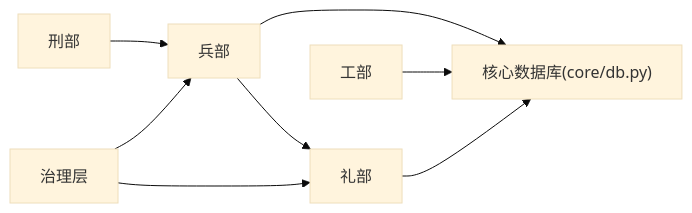
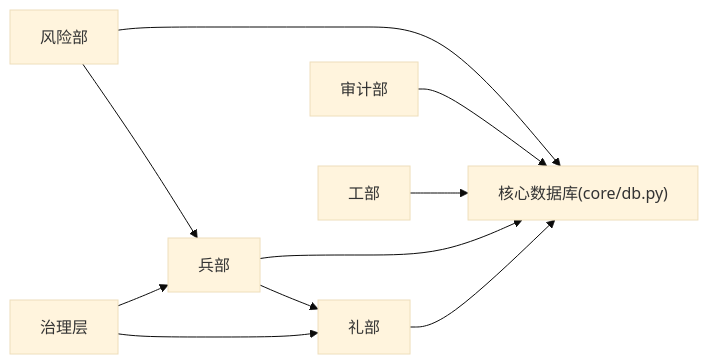
Before and after one commit to Magicer2024/AIQuant: diagram 12 of 12 in .qoder/repowiki/zh/content/六部职能模块/六部职能模块.md, drawn with Mermaid (base theme). The commit also changed other lines of this file and 62 other files, not shown here.

First line of the commit message:
refactor: migrate modules to 六部 ministries architecture

````diff
--- a/.qoder/repowiki/zh/content/六部职能模块/六部职能模块.md
+++ b/.qoder/repowiki/zh/content/六部职能模块/六部职能模块.md
@@ -449,10 +582,12 @@
 ```mermaid
 graph LR
 Rites["礼部"] --> DB["核心数据库(core/db.py)"]
 War["兵部"] --> DB
 War --> Rites
-Justice["刑部"] --> War
+Risk["风险部"] --> DB
+Risk --> War
+Audit["审计部"] --> DB
 Works["工部"] --> DB
 Governance["治理层"] --> War
 Governance --> Rites
 ```
````
